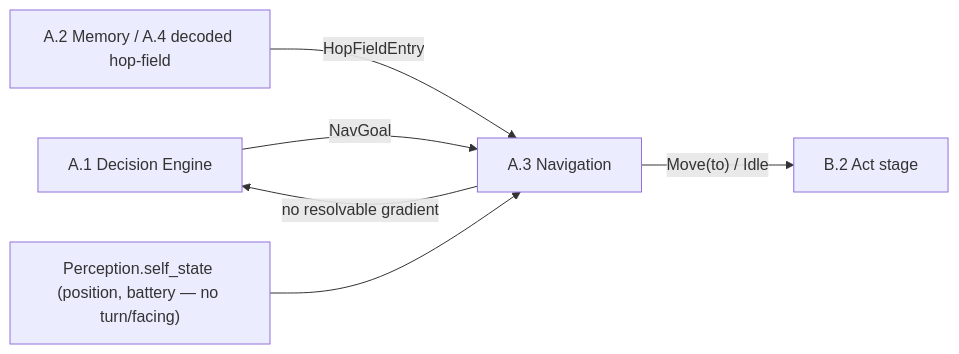
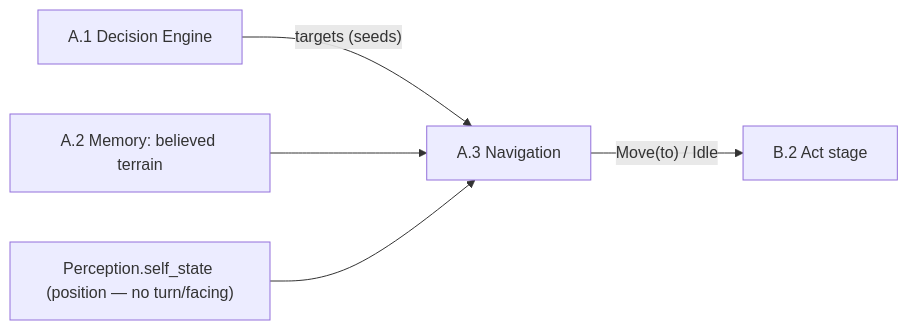
Before and after one commit to TychoGrapendaal/JIP_Swarm_Field: the first of 5 diagrams in docs/navigation-module.md, drawn with Mermaid. The commit also changed other lines of this file and 5 other files, not shown here.

First line of the commit message:
Remove the unused hop-chain navigation layer

````diff
--- a/docs/navigation-module.md
+++ b/docs/navigation-module.md
@@ -19,8 +19,7 @@
 ```mermaid
 flowchart LR
-    A1["A.1 Decision Engine"] -->|"NavGoal"| NAV["A.3 Navigation"]
-    MEM["A.2 Memory / A.4 decoded hop-field"] -->|"HopFieldEntry"| NAV
-    SEN["Perception.self_state (position, battery — no turn/facing)"] --> NAV
+    A1["A.1 Decision Engine"] -->|"targets (seeds)"| NAV["A.3 Navigation"]
+    MEM["A.2 Memory: believed terrain"] --> NAV
+    SEN["Perception.self_state (position — no turn/facing)"] --> NAV
     NAV -->|"Move(to) / Idle"| ACT["B.2 Act stage"]
-    NAV -->|"no resolvable gradient"| A1
 ```
````
